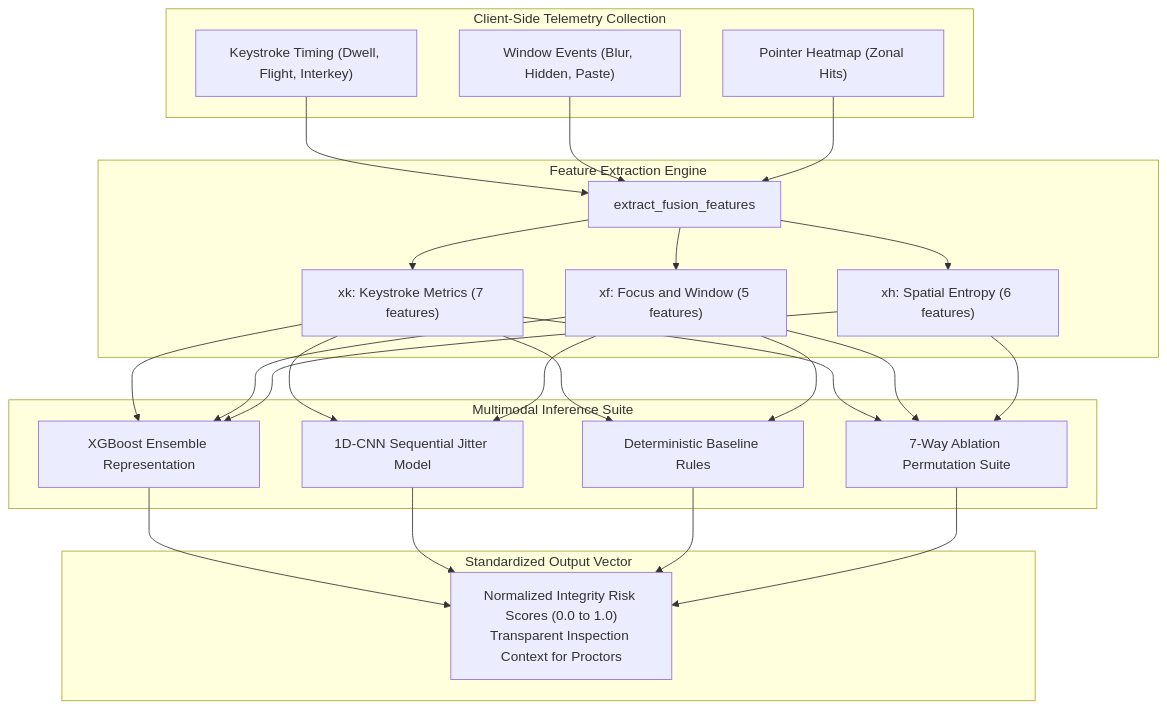
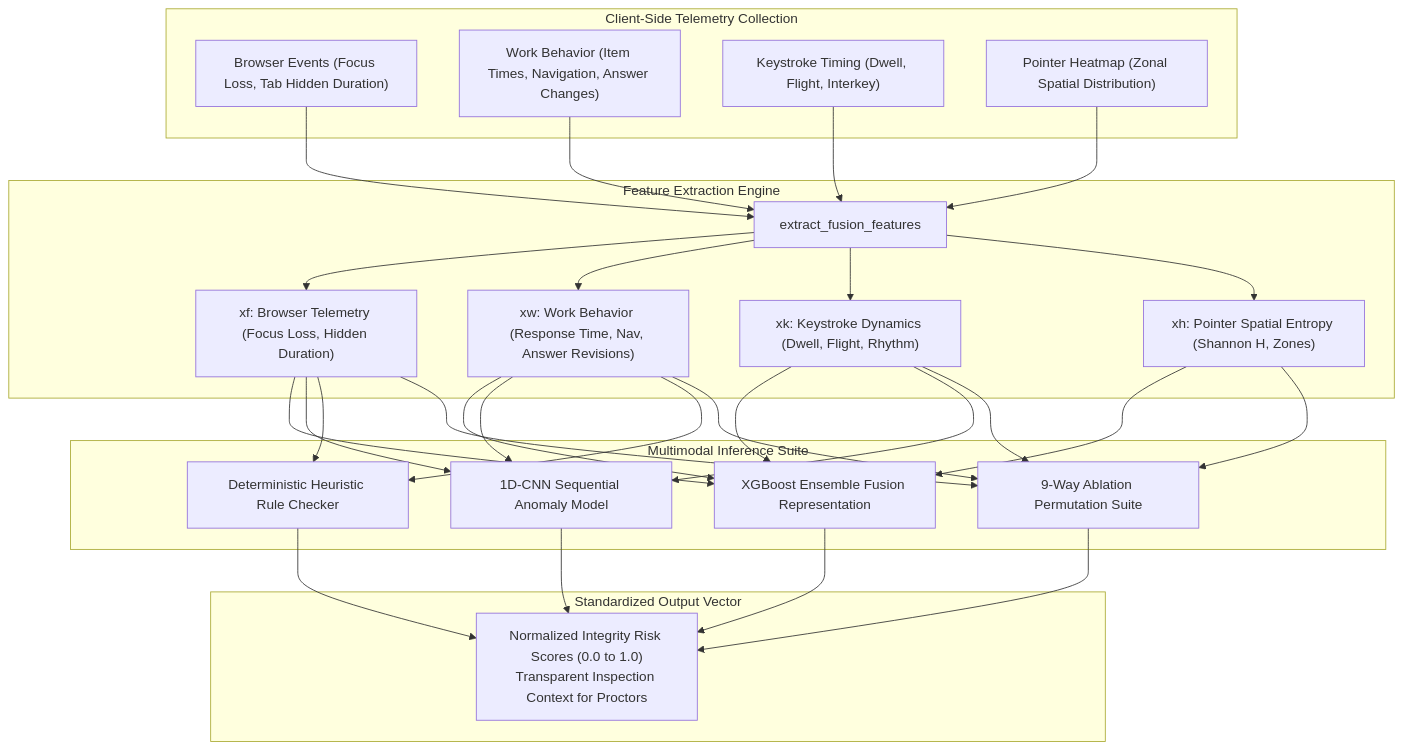
One commit to firdausmntp/proctor_telemetry changed the diagram in README.md. Above: the diagram before and after it, drawn with Mermaid. The commit also changed other lines of this file and 9 other files, not shown here.

Commit message:
feat(telemetry): multimodal work behavior fusion engine v0.2.0 and non-ai-slop architectural logo

````diff
--- a/README.md
+++ b/README.md
@@ -51,47 +53,54 @@
 ```mermaid
 flowchart TD
     subgraph Client ["Client-Side Telemetry Collection"]
-        A1["Keystroke Timing (Dwell, Flight, Interkey)"]
-        A2["Window Events (Blur, Hidden, Paste)"]
-        A3["Pointer Heatmap (Zonal Hits)"]
+        A1["Browser Events (Focus Loss, Tab Hidden Duration)"]
+        A2["Work Behavior (Item Times, Navigation, Answer Changes)"]
+        A3["Keystroke Timing (Dwell, Flight, Interkey)"]
+        A4["Pointer Heatmap (Zonal Spatial Distribution)"]
     end
 
     subgraph Extraction ["Feature Extraction Engine"]
         B["extract_fusion_features"]
-        C1["xk: Keystroke Metrics (7 features)"]
-        C2["xf: Focus and Window (5 features)"]
-        C3["xh: Spatial Entropy (6 features)"]
+        C1["xf: Browser Telemetry (Focus Loss, Hidden Duration)"]
+        C2["xw: Work Behavior (Response Time, Nav, Answer Revisions)"]
+        C3["xk: Keystroke Dynamics (Dwell, Flight, Rhythm)"]
+        C4["xh: Pointer Spatial Entropy (Shannon H, Zones)"]
     end
 
     subgraph Models ["Multimodal Inference Suite"]
-        D1["XGBoost Ensemble Representation"]
-        D2["1D-CNN Sequential Jitter Model"]
-        D3["Deterministic Baseline Rules"]
-        D4["7-Way Ablation Permutation Suite"]
+        D1["XGBoost Ensemble Fusion Representation"]
+        D2["1D-CNN Sequential Anomaly Model"]
+        D3["Deterministic Heuristic Rule Checker"]
+        D4["9-Way Ablation Permutation Suite"]
     end
 
     subgraph Output ["Standardized Output Vector"]
         E["Normalized Integrity Risk Scores (0.0 to 1.0)<br/>Transparent Inspection Context for Proctors"]
     end
 
     A1 --> B
     A2 --> B
     A3 --> B
+    A4 --> B
     B --> C1
     B --> C2
     B --> C3
+    B --> C4
     C1 --> D1
     C2 --> D1
     C3 --> D1
+    C4 --> D1
     C1 --> D2
     C2 --> D2
+    C3 --> D2
     C1 --> D3
     C2 --> D3
     C1 --> D4
     C2 --> D4
     C3 --> D4
+    C4 --> D4
     D1 --> E
     D2 --> E
     D3 --> E
     D4 --> E
 ```
````
